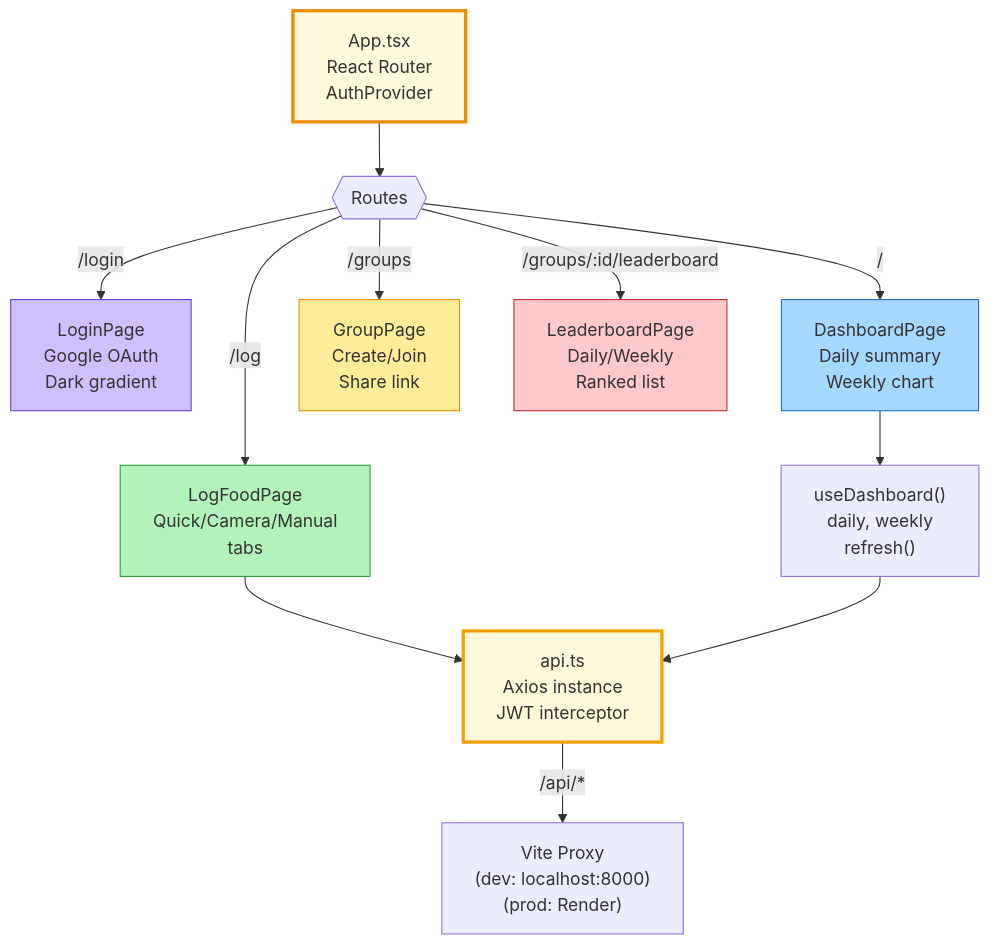
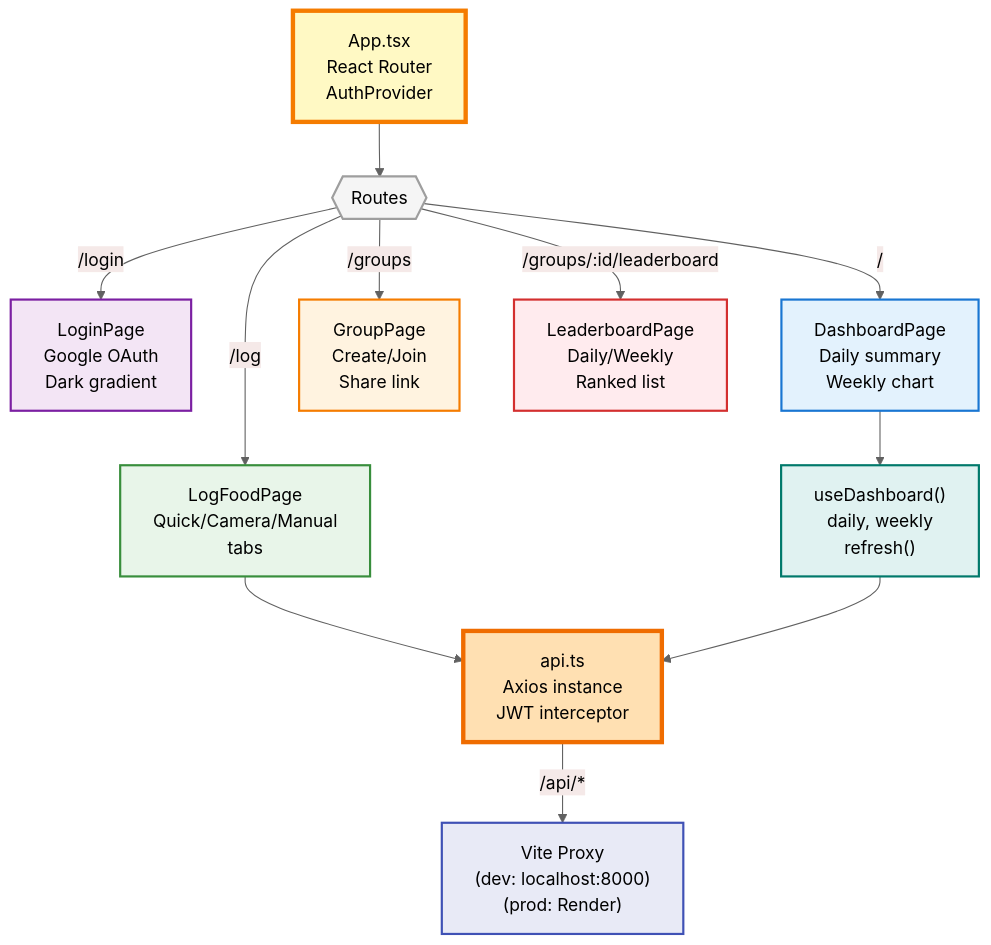
The fifth of 6 diagrams in docs/ARCHITECTURE.md (shra1-honade/protein-calorie-tracker), drawn with Mermaid before and after one commit. The commit also changed other lines of this file, not shown here.

First line of the commit message:
Improve Mermaid diagram styling with better colors

````diff
--- a/docs/ARCHITECTURE.md
+++ b/docs/ARCHITECTURE.md
@@ -160,24 +164,28 @@
 ```mermaid
+%%{init: {'theme':'base', 'themeVariables': { 'primaryColor':'#e8f5e9','primaryTextColor':'#000','primaryBorderColor':'#388e3c','lineColor':'#616161'}}}%%
 graph TD
     App["App.tsx<br/>React Router<br/>AuthProvider"] --> Routes{{"Routes"}}
 
     Routes -->|"/login"| Login["LoginPage<br/>Google OAuth<br/>Dark gradient"]
     Routes -->|"/"| Dashboard["DashboardPage<br/>Daily summary<br/>Weekly chart"]
     Routes -->|"/log"| LogFood["LogFoodPage<br/>Quick/Camera/Manual<br/>tabs"]
     Routes -->|"/groups"| Groups["GroupPage<br/>Create/Join<br/>Share link"]
     Routes -->|"/groups/:id/leaderboard"| Leader["LeaderboardPage<br/>Daily/Weekly<br/>Ranked list"]
 
     Dashboard --> Hooks["useDashboard()<br/>daily, weekly<br/>refresh()"]
     LogFood --> API["api.ts<br/>Axios instance<br/>JWT interceptor"]
     Hooks --> API
 
     API -->|"/api/*"| Vite["Vite Proxy<br/>(dev: localhost:8000)<br/>(prod: Render)"]
 
-    style App fill:#fff9db,stroke:#f08c00,stroke-width:3px
-    style Login fill:#d0bfff,stroke:#6741d9
-    style Dashboard fill:#a5d8ff,stroke:#1971c2
-    style LogFood fill:#b2f2bb,stroke:#2f9e44
-    style Groups fill:#ffec99,stroke:#f08c00
-    style Leader fill:#ffc9c9,stroke:#c92a2a
-    style API fill:#fff9db,stroke:#f59f00,stroke-width:3px
+    style App fill:#FFF9C4,stroke:#F57C00,stroke-width:4px,color:#000
+    style Routes fill:#F5F5F5,stroke:#9E9E9E,stroke-width:2px,color:#000
+    style Login fill:#F3E5F5,stroke:#7B1FA2,stroke-width:2px,color:#000
+    style Dashboard fill:#E3F2FD,stroke:#1976D2,stroke-width:2px,color:#000
+    style LogFood fill:#E8F5E9,stroke:#388E3C,stroke-width:2px,color:#000
+    style Groups fill:#FFF3E0,stroke:#F57C00,stroke-width:2px,color:#000
+    style Leader fill:#FFEBEE,stroke:#D32F2F,stroke-width:2px,color:#000
+    style Hooks fill:#E0F2F1,stroke:#00796B,stroke-width:2px,color:#000
+    style API fill:#FFE0B2,stroke:#EF6C00,stroke-width:4px,color:#000
+    style Vite fill:#E8EAF6,stroke:#3F51B5,stroke-width:2px,color:#000
 ```
````
